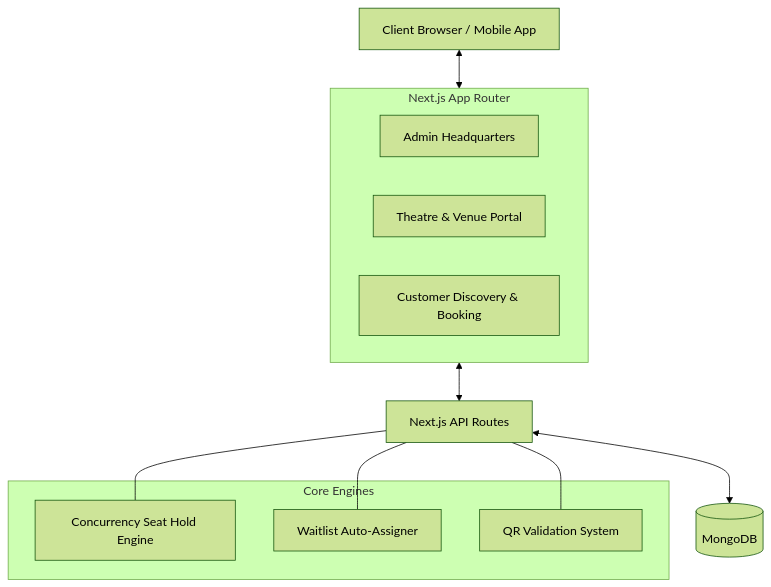
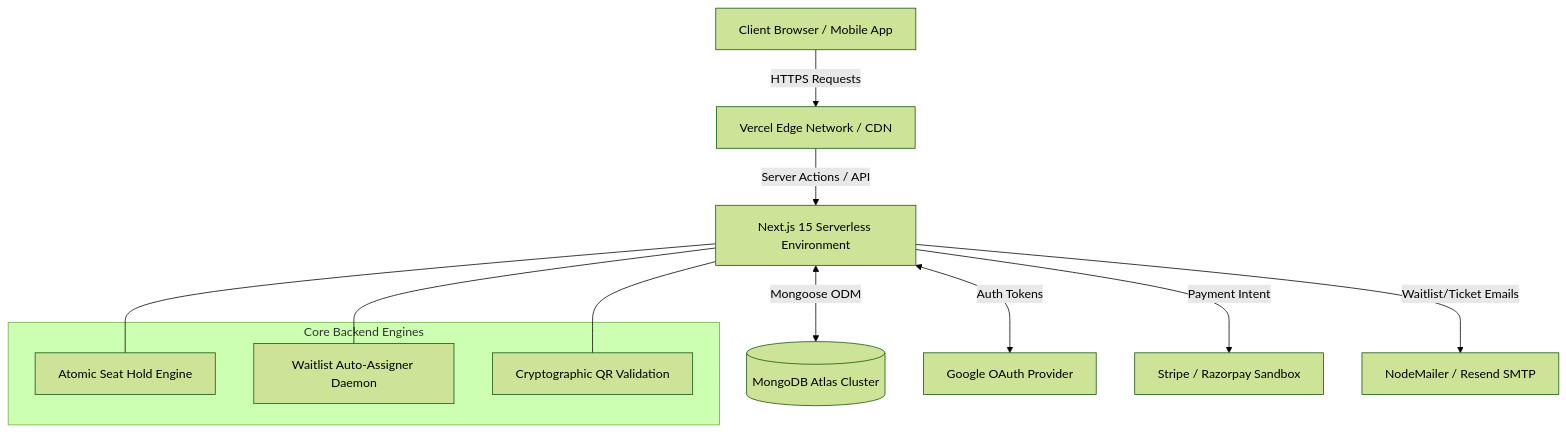
Before and after one commit to yash-shende99/events-ticket-booking: the first of 3 diagrams in README.md, drawn with Mermaid (forest theme). The commit also changed other lines of this file, not shown here.

Commit message:
docs: Deeply expand architecture, ER diagrams, and concurrency system design writeup

````diff
--- a/README.md
+++ b/README.md
@@ -47,26 +49,31 @@
 ```mermaid
 graph TD
+    %% Core Infrastructure
     Client[Client Browser / Mobile App]
-    API[Next.js API Routes]
-    DB[(MongoDB)]
+    CDN[Vercel Edge Network / CDN]
+    Next[Next.js 15 Serverless Environment]
+    DB[(MongoDB Atlas Cluster)]
     
-    subgraph Frontend [Next.js App Router]
-        Admin[Admin Headquarters]
-        Org[Theatre & Venue Portal]
-        Cust[Customer Discovery & Booking]
+    %% External Services
+    Google[Google OAuth Provider]
+    Stripe[Stripe / Razorpay Sandbox]
+    Email[NodeMailer / Resend SMTP]
+
+    %% Flow
+    Client -->|HTTPS Requests| CDN
+    CDN -->|Server Actions / API| Next
+    Next <-->|Mongoose ODM| DB
+    Next <-->|Auth Tokens| Google
+    Next -->|Payment Intent| Stripe
+    Next -->|Waitlist/Ticket Emails| Email
+    
+    subgraph Core Backend Engines
+        SeatHold[Atomic Seat Hold Engine]
+        Waitlist[Waitlist Auto-Assigner Daemon]
+        QR[Cryptographic QR Validation]
     end
     
-    Client <--> Frontend
-    Frontend <--> API
-    API <--> DB
-    
-    subgraph Core Engines
-        SeatHold[Concurrency Seat Hold Engine]
-        Waitlist[Waitlist Auto-Assigner]
-        QR[QR Validation System]
-    end
-    
-    API --- SeatHold
-    API --- Waitlist
-    API --- QR
+    Next --- SeatHold
+    Next --- Waitlist
+    Next --- QR
 ```
````
